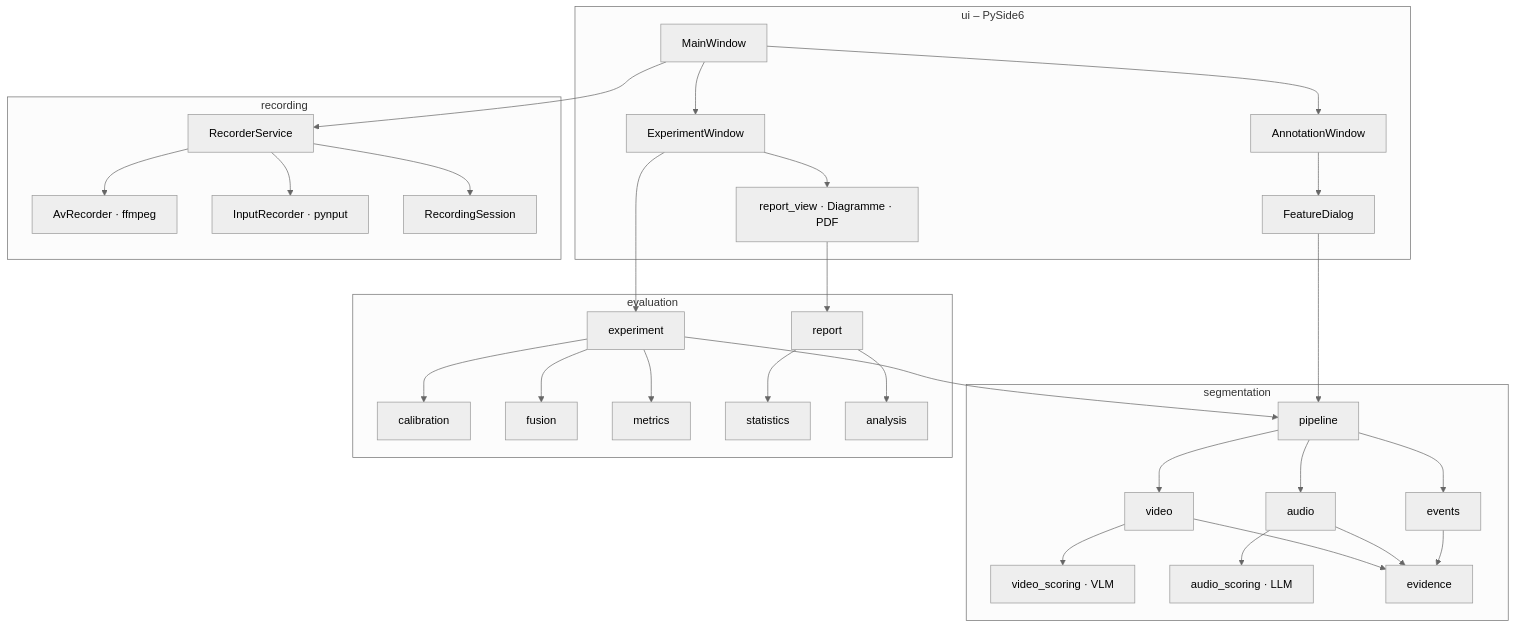
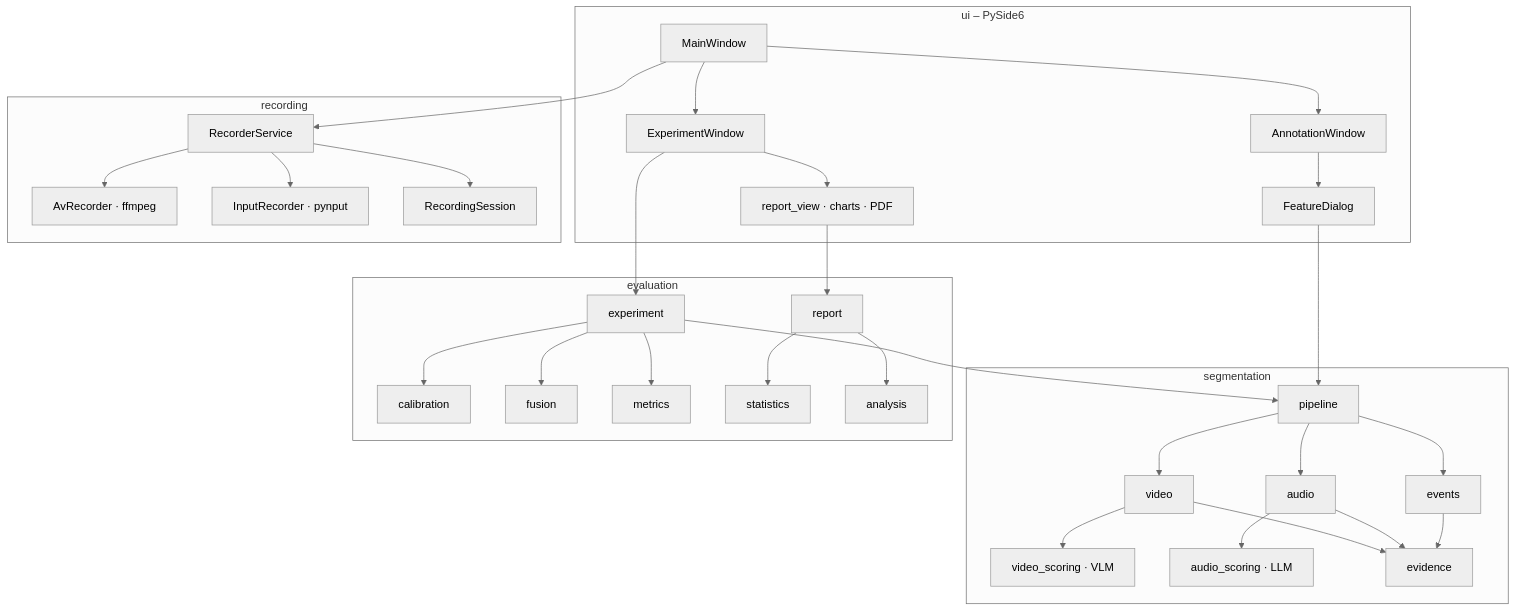
Before and after one commit to mueller-marcel/docu-pilot: the first of 2 diagrams in docs/architecture/index.md, drawn with Mermaid (neutral theme). The commit also changed other lines of this file and 65 other files, not shown here.

````diff
--- a/docs/architecture/index.md
+++ b/docs/architecture/index.md
@@ -15,34 +15,34 @@
 ```{mermaid}
 flowchart TB
     subgraph ui[ui – PySide6]
         MW[MainWindow] --> AW[AnnotationWindow]
         MW --> EW[ExperimentWindow]
         AW --> FD[FeatureDialog]
-        EW --> RV[report_view · Diagramme · PDF]
+        EW --> RV[report_view · charts · PDF]
     end
     subgraph recording
         RS[RecorderService] --> AV[AvRecorder · ffmpeg]
         RS --> IR[InputRecorder · pynput]
         RS --> SES[RecordingSession]
     end
     subgraph segmentation
         PL[pipeline] --> V[video]
         PL --> A[audio]
         PL --> E[events]
         V --> VS[video_scoring · VLM]
         A --> AS[audio_scoring · LLM]
         V & A & E --> EV[evidence]
     end
     subgraph evaluation
         EXP[experiment] --> CAL[calibration]
         EXP --> FU[fusion]
         EXP --> MET[metrics]
         REP[report] --> STAT[statistics]
         REP --> AN[analysis]
     end
     MW --> RS
     FD --> PL
     EW --> EXP
     EXP --> PL
     RV --> REP
 ```
````
